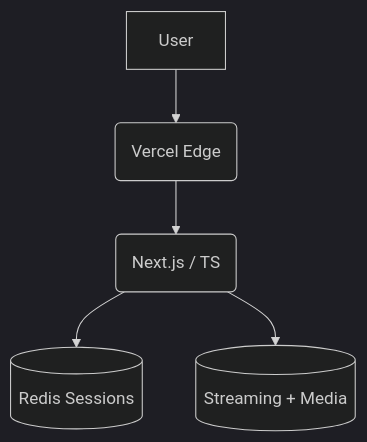
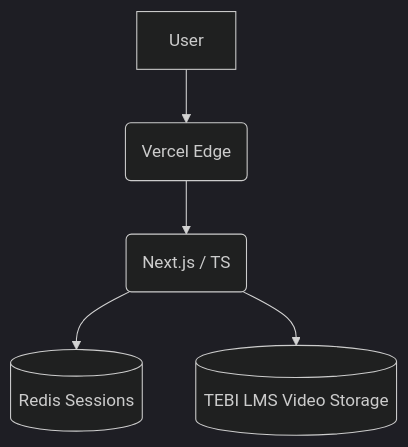
Before and after one commit to elshaddaioheha/0hehaebib1: the first of 5 diagrams in PROFILE_README.md, drawn with Mermaid (dark theme). The commit also changed other lines of this file and 16 other files, not shown here.

````diff
--- a/PROFILE_README.md
+++ b/PROFILE_README.md
@@ -23,7 +23,7 @@
 ```mermaid
 graph TD;
   User-->Edge(Vercel Edge);
   Edge-->App(Next.js / TS);
   App-->Cache[(Redis Sessions)];
-  App-->Storage[(Streaming + Media)];
+  App-->Storage[(TEBI LMS Video Storage)];
 ```
````
